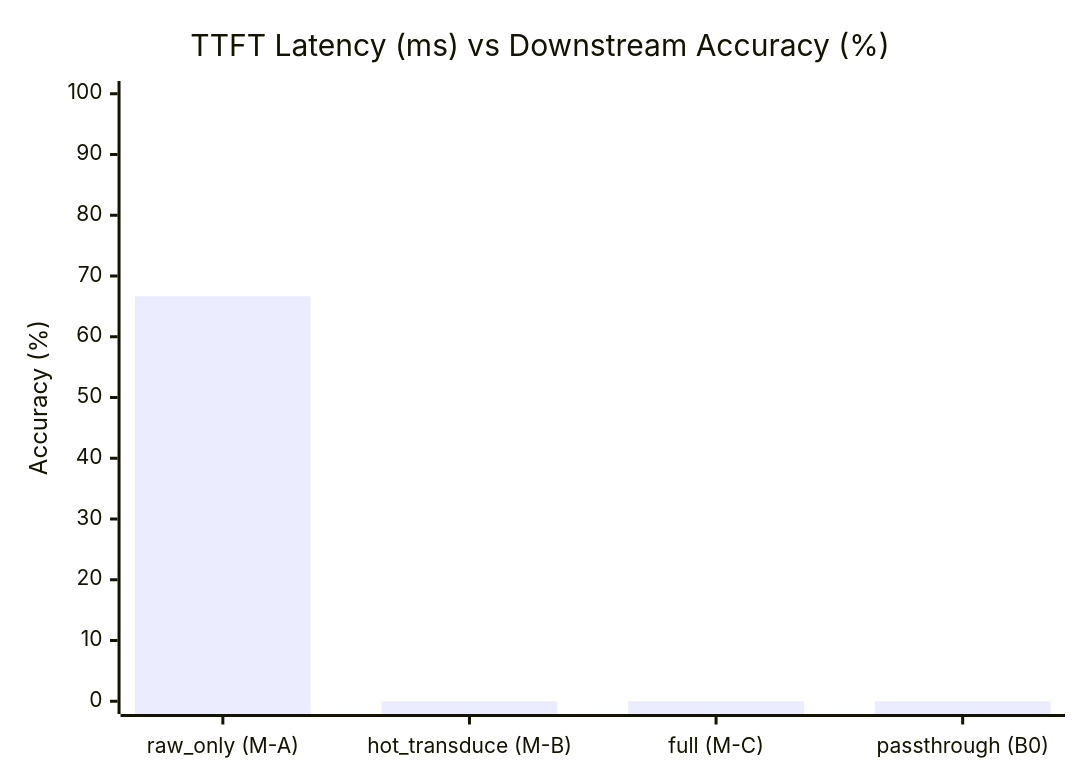
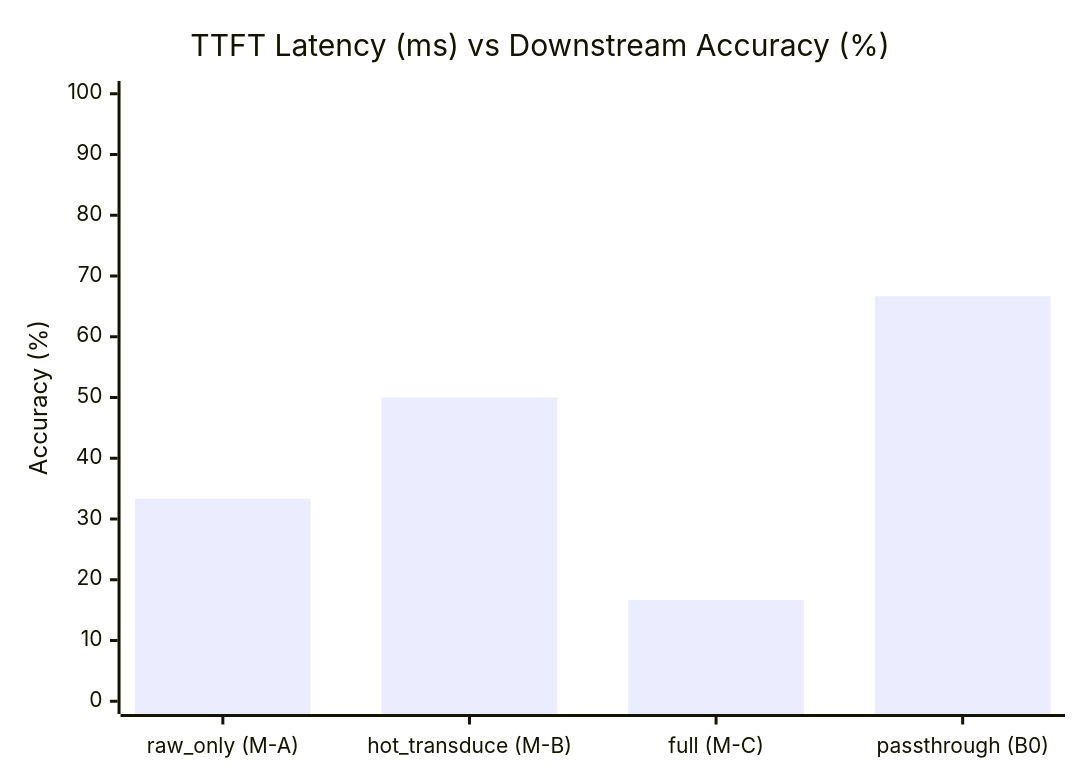
The diagram in output/multi_scale/fast_path_report.md (Borisz42/Quanta), drawn with Mermaid before and after one commit. The commit also changed other lines of this file and 4 other files, not shown here.

Commit message:
feat(eval): evaluate Fast-Path bush on live RTX 3070 backend, guard empty graph fold, and update Gate G3 verdict

````diff
--- a/output/multi_scale/fast_path_report.md
+++ b/output/multi_scale/fast_path_report.md
@@ -46,7 +46,7 @@
 ```mermaid
 xychart-beta
     title "TTFT Latency (ms) vs Downstream Accuracy (%)"
     x-axis ["raw_only (M-A)", "hot_transduce (M-B)", "full (M-C)", "passthrough (B0)"]
     y-axis "Accuracy (%)" 0 --> 100
-    bar [66.67, 0.0, 0.0, 0.0]
+    bar [33.33, 50.0, 16.67, 66.67]
 ```
````
